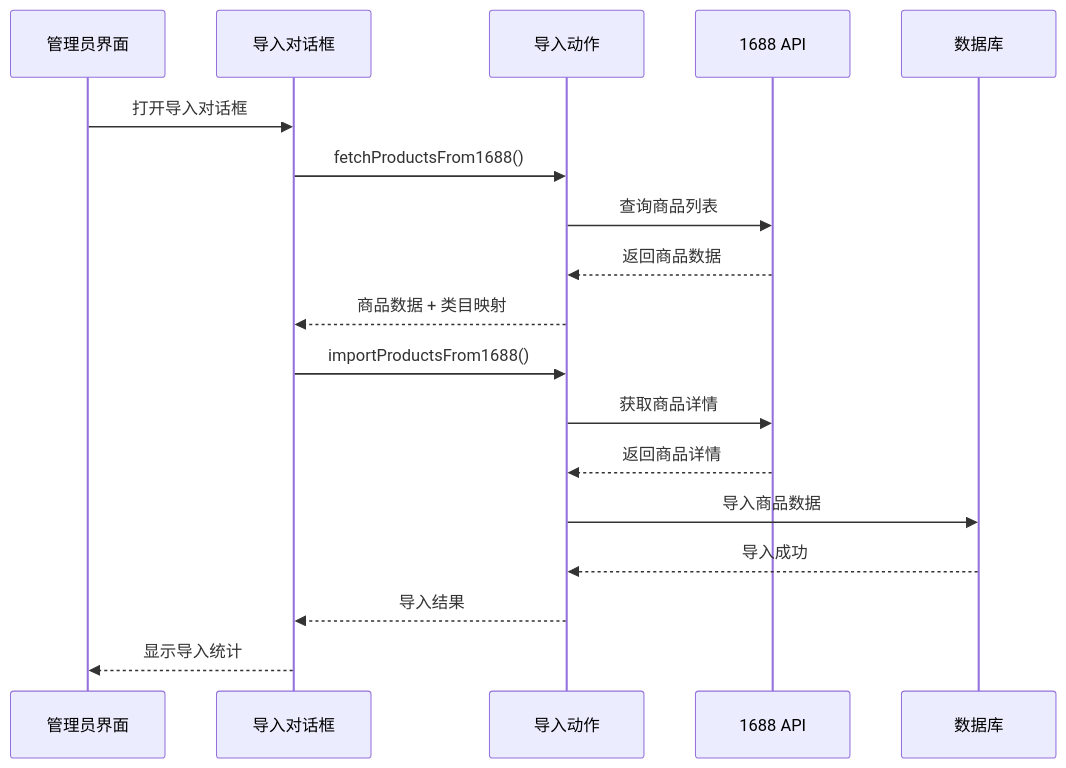
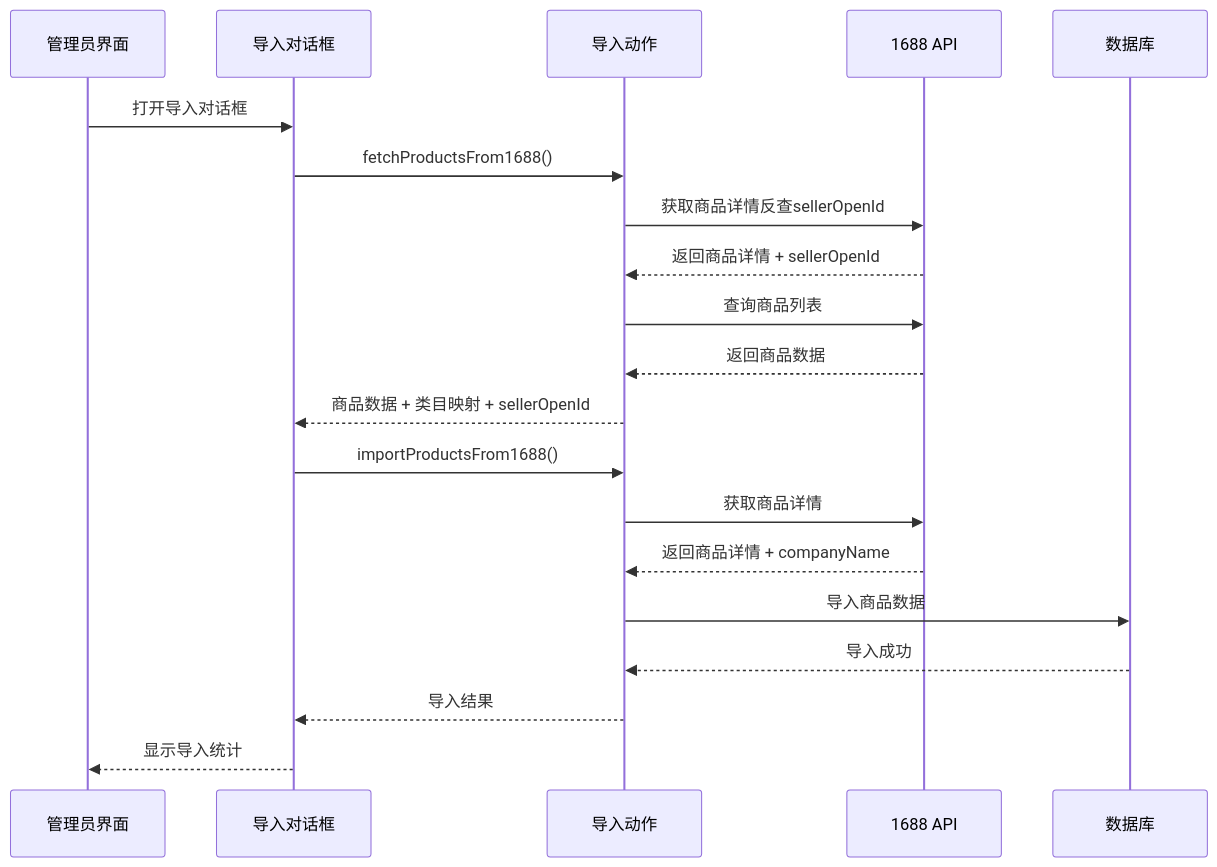
Before and after one commit to three3638-arch/celestia_2b: the fourth of 8 diagrams in .qoder/repowiki/zh/content/管理后台系统/1688集成系统.md, drawn with Mermaid. The commit also changed other lines of this file and 3 other files, not shown here.

````diff
--- a/.qoder/repowiki/zh/content/管理后台系统/1688集成系统.md
+++ b/.qoder/repowiki/zh/content/管理后台系统/1688集成系统.md
@@ -179,20 +197,22 @@
 ```mermaid
 sequenceDiagram
 participant Admin as 管理员界面
 participant Dialog as 导入对话框
 participant Action as 导入动作
 participant API as 1688 API
 participant DB as 数据库
 Admin->>Dialog : 打开导入对话框
 Dialog->>Action : fetchProductsFrom1688()
+Action->>API : 获取商品详情反查sellerOpenId
+API-->>Action : 返回商品详情 + sellerOpenId
 Action->>API : 查询商品列表
 API-->>Action : 返回商品数据
-Action-->>Dialog : 商品数据 + 类目映射
+Action-->>Dialog : 商品数据 + 类目映射 + sellerOpenId
 Dialog->>Action : importProductsFrom1688()
 Action->>API : 获取商品详情
-API-->>Action : 返回商品详情
+API-->>Action : 返回商品详情 + companyName
 Action->>DB : 导入商品数据
 DB-->>Action : 导入成功
 Action-->>Dialog : 导入结果
 Dialog-->>Admin : 显示导入统计
 ```
````
